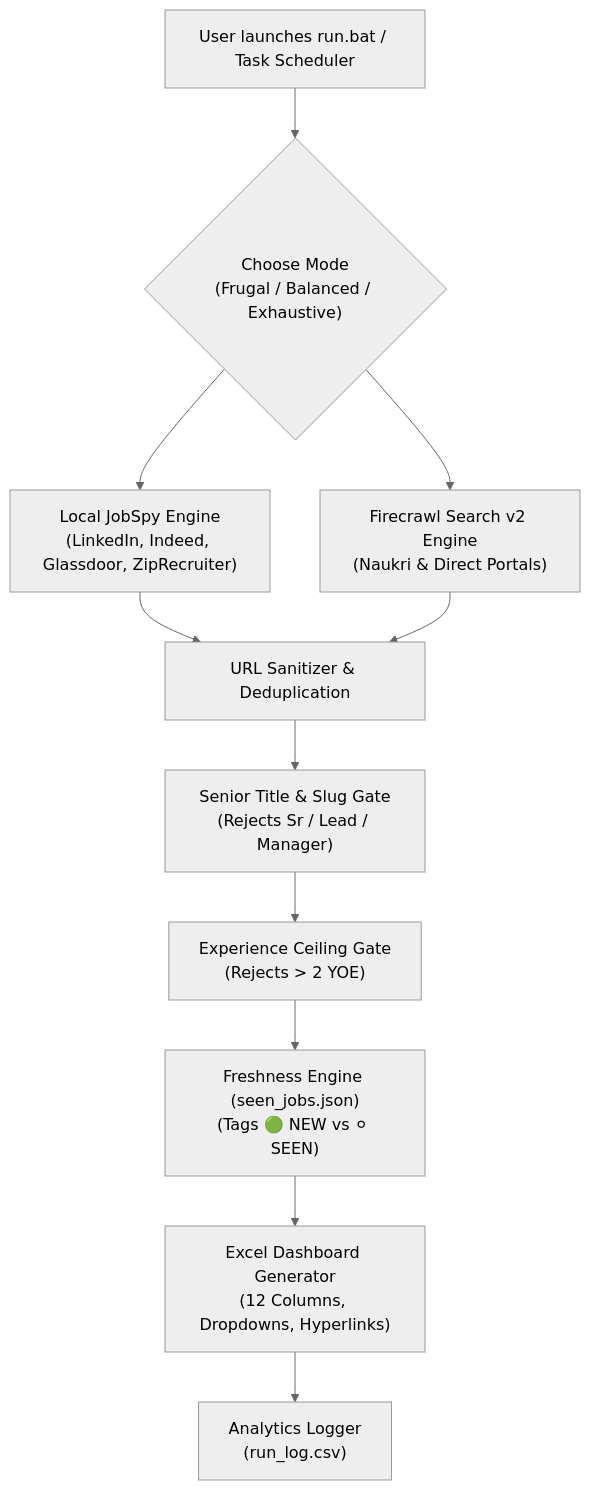
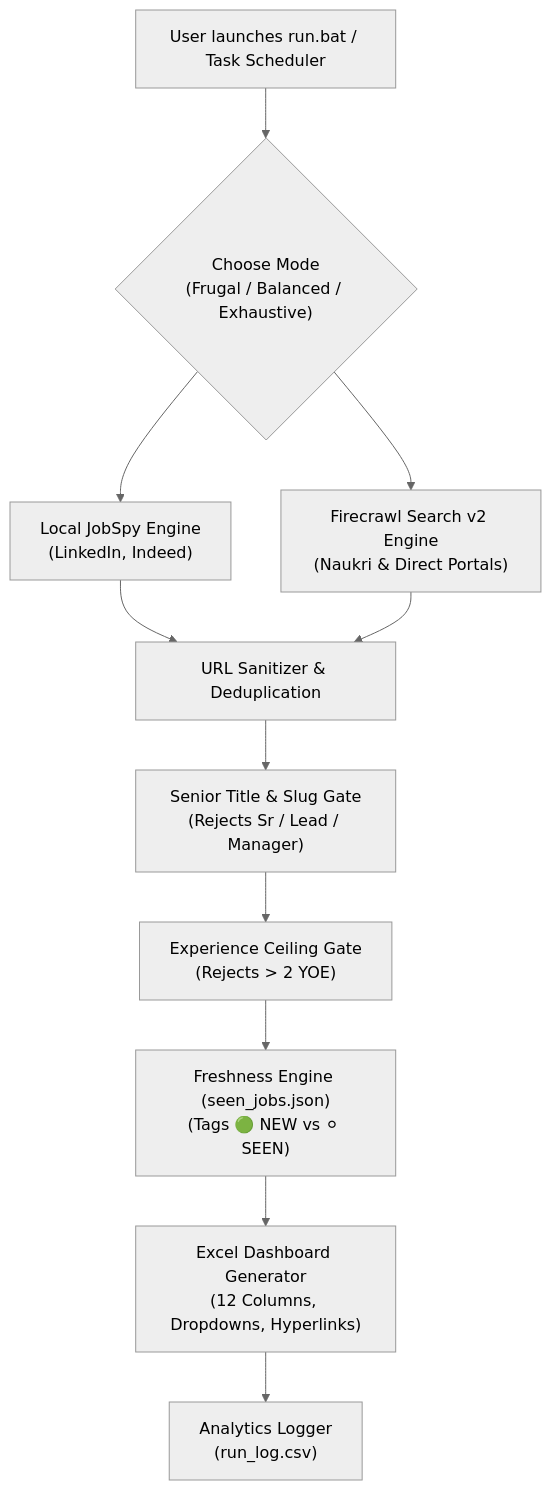
The diagram in README.md (harsha71018/Project-Heimdall), drawn with Mermaid (neutral theme) before and after one commit. The commit also changed other lines of this file, not shown here.

Commit message:
docs(README.md): update platform coverage to LinkedIn, Indeed, and Naukri

````diff
--- a/README.md
+++ b/README.md
@@ -22,13 +22,13 @@
 ```mermaid
 flowchart TD
     A["User launches run.bat / Task Scheduler"] --> B{"Choose Mode<br/>(Frugal / Balanced / Exhaustive)"}
-    B --> C["Local JobSpy Engine<br/>(LinkedIn, Indeed, Glassdoor, ZipRecruiter)"]
+    B --> C["Local JobSpy Engine<br/>(LinkedIn, Indeed)"]
     B --> D["Firecrawl Search v2 Engine<br/>(Naukri & Direct Portals)"]
     C --> E["URL Sanitizer & Deduplication"]
     D --> E
     E --> F["Senior Title & Slug Gate<br/>(Rejects Sr / Lead / Manager)"]
     F --> G["Experience Ceiling Gate<br/>(Rejects > 2 YOE)"]
     G --> H["Freshness Engine (seen_jobs.json)<br/>(Tags 🟢 NEW vs ⚪ SEEN)"]
     H --> I["Excel Dashboard Generator<br/>(12 Columns, Dropdowns, Hyperlinks)"]
     I --> J["Analytics Logger<br/>(run_log.csv)"]
 ```
````
